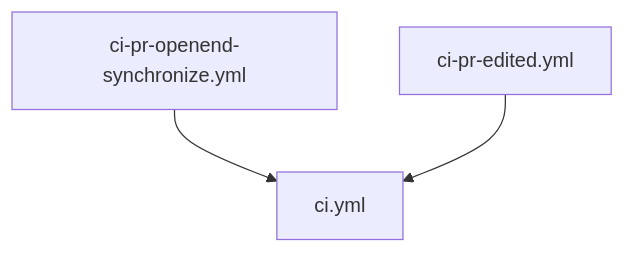
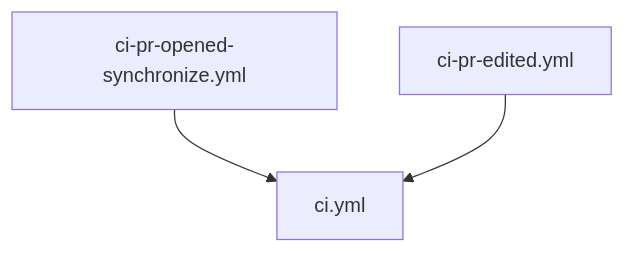
One commit to iamazeem/github-actions-reusable-workflow-test changed the diagram in README.md. Above: the diagram before and after it, drawn with Mermaid.

````diff
--- a/README.md
+++ b/README.md
@@ -7,5 +7,5 @@
 ```mermaid
 graph TD;
-    ci-pr-openend-synchronize.yml-->ci.yml;
+    ci-pr-opened-synchronize.yml-->ci.yml;
     ci-pr-edited.yml-->ci.yml;
 ```
````
